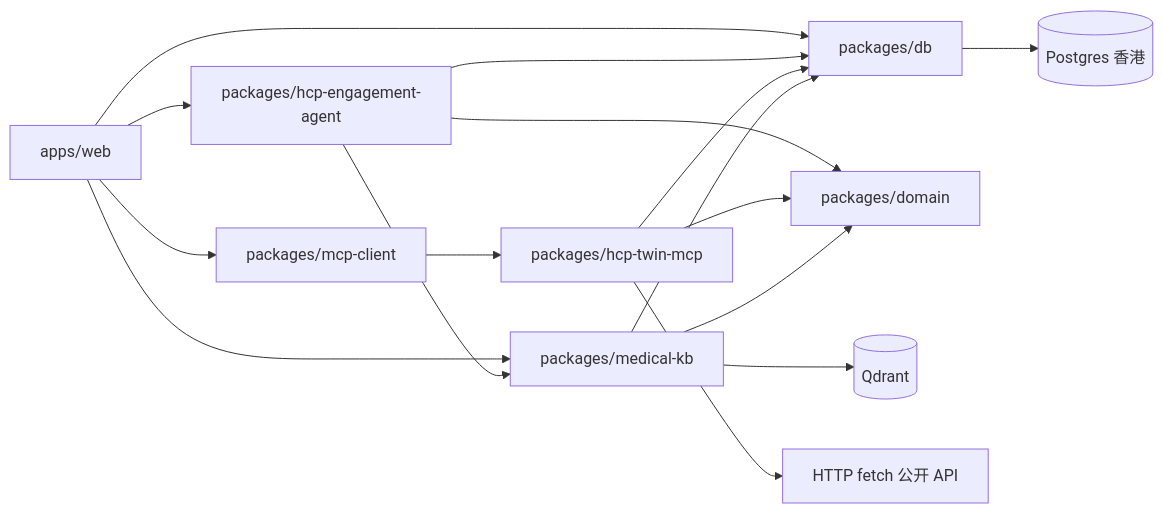
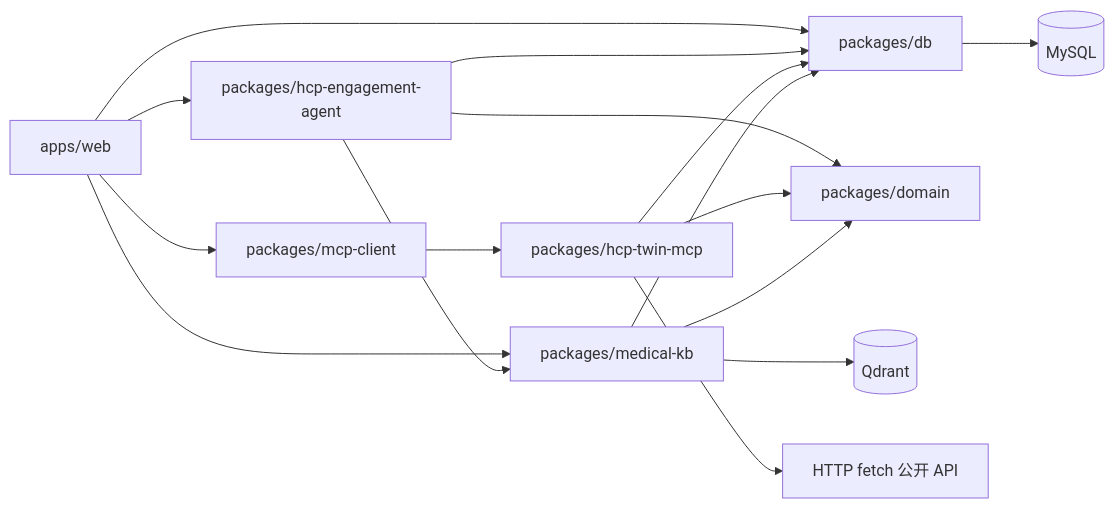
One commit to ethanhuangcst/hcp-engagement-agent changed the diagram in specs/4.install-dependencies.md. Above: the diagram before and after it, drawn with Mermaid. The commit also changed other lines of this file and 50 other files, not shown here.

````diff
--- a/specs/4.install-dependencies.md
+++ b/specs/4.install-dependencies.md
@@ -231,18 +231,18 @@
 ```mermaid
 flowchart LR
     Web[apps/web] --> MCPClient[packages/mcp-client]
     MCPClient --> TwinMCP[packages/hcp-twin-mcp]
     Web --> Agent[packages/hcp-engagement-agent]
     Web --> MedicalKB[packages/medical-kb]
     Web --> DB[packages/db]
     Agent --> MedicalKB
     Agent --> Domain[packages/domain]
     Agent --> DB
     TwinMCP --> Domain
     TwinMCP --> DB
     MedicalKB --> Domain
     MedicalKB --> DB
     MedicalKB --> Qdrant[(Qdrant)]
-    DB --> PG[(Postgres 香港)]
+    DB --> PG[(MySQL)]
     TwinMCP --> HttpFetch[HTTP fetch 公开 API]
 ```
````
